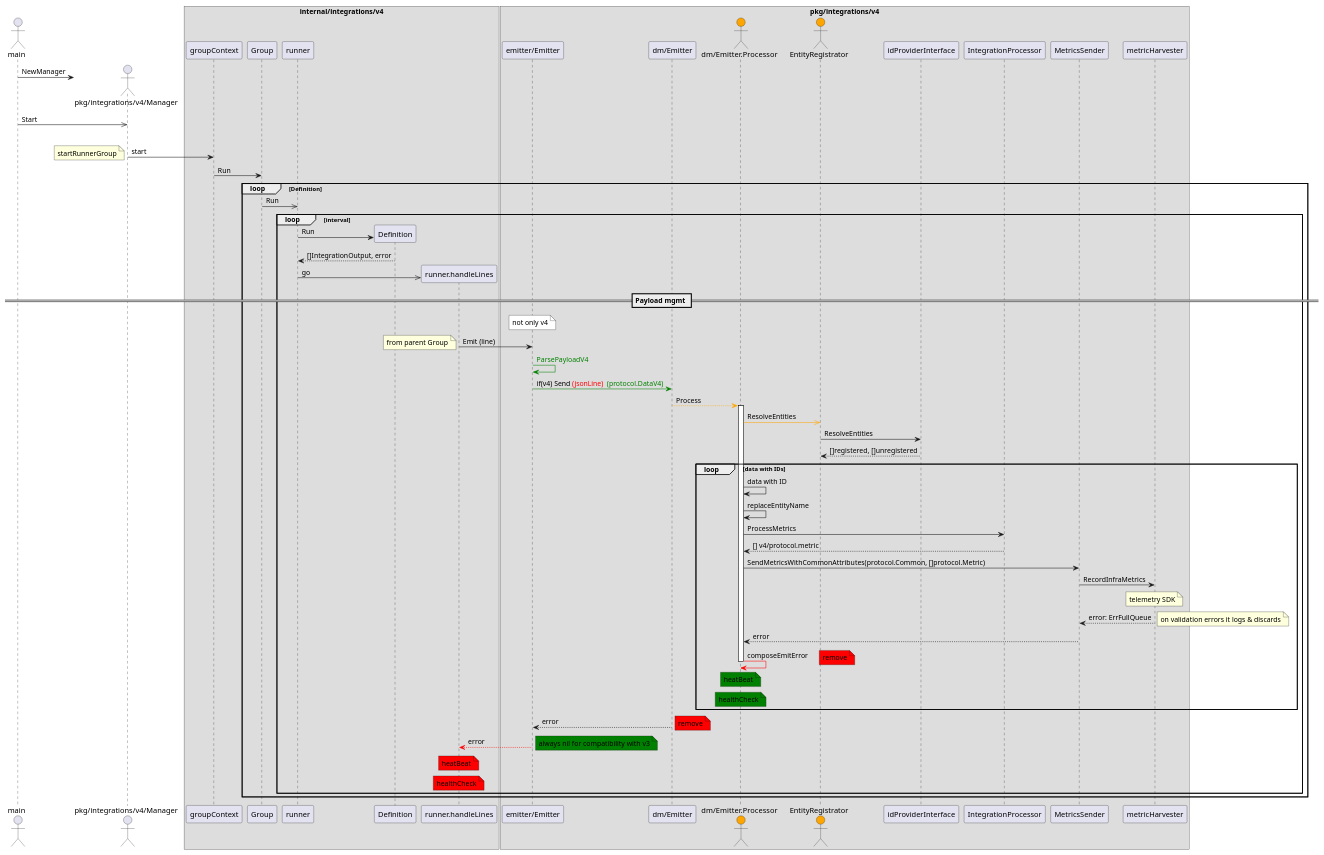
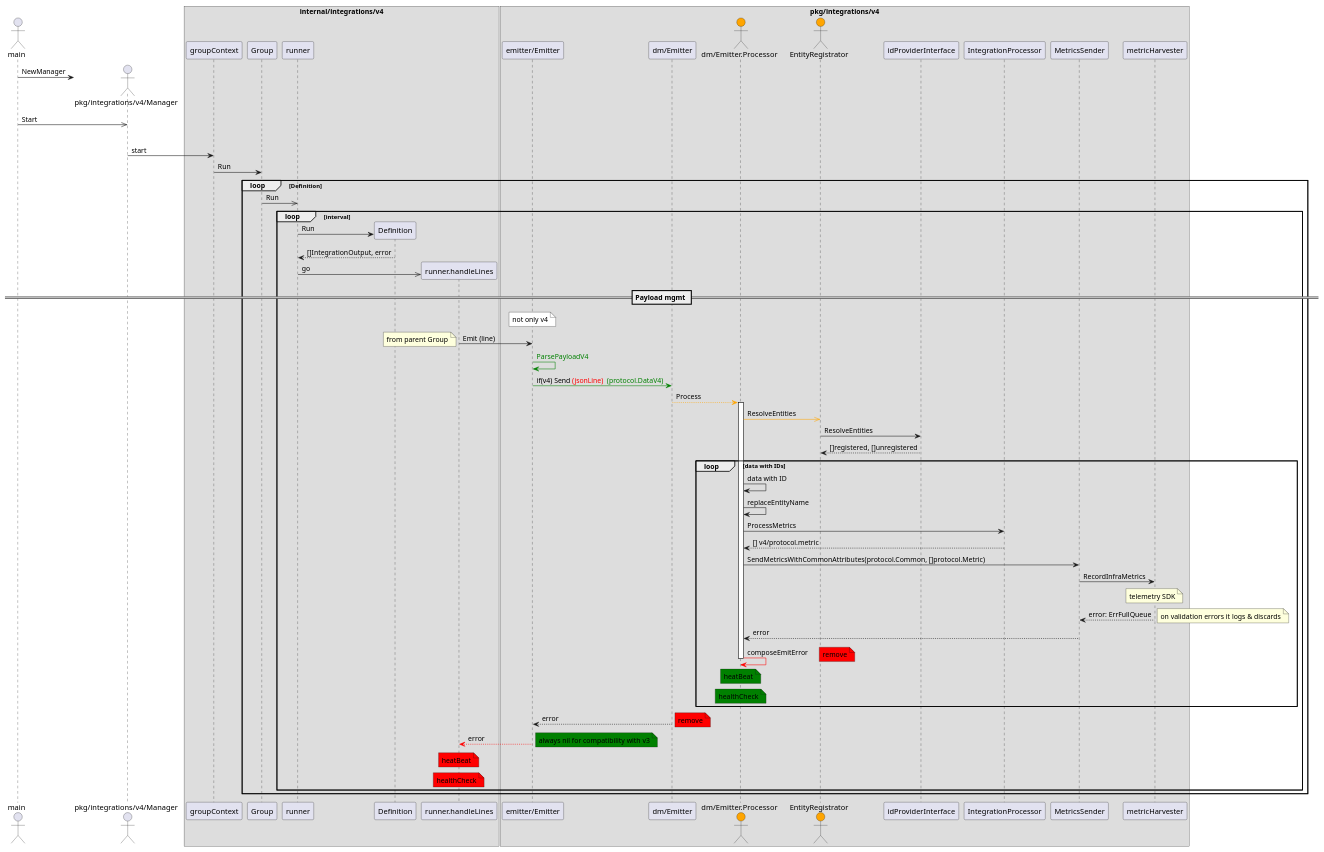
Before and after one commit to newrelic/infrastructure-agent: the diagram in pkg/integrations/v4/sequence.plantuml, drawn with PlantUML. The commit also changed 18 other files, not shown here.

```diff
--- a/pkg/integrations/v4/sequence.plantuml
+++ b/pkg/integrations/v4/sequence.plantuml
@@ -1,103 +1,102 @@
 @startuml
 
 actor main
 actor "pkg/integrations/v4/Manager"
 create "pkg/integrations/v4/Manager"
 main -> "pkg/integrations/v4/Manager": NewManager
 
 main ->> "pkg/integrations/v4/Manager": Start
 
 'create  "pkg/integrations/v4/emitter"
 
 box "internal/integrations/v4"
 
 loop groupContext
 
     "pkg/integrations/v4/Manager" -> "groupContext" : start
-    note left: startRunnerGroup
     "groupContext" -> Group : Run
 
     loop Definition
         Group ->> runner : Run
 
         loop interval
 
         create Definition
         runner -> Definition : Run
         runner <-- Definition : []IntegrationOutput, error
 
         create "runner.handleLines"
         runner ->> "runner.handleLines" : go
 
 end box
 
 box "pkg/integrations/v4"
 
         == Payload mgmt ==
 
         note over "emitter/Emitter" #white : not only v4
 
         "runner.handleLines" -> "emitter/Emitter" : Emit (line)
         note left : from parent Group
 
         "emitter/Emitter" -[#green]> "emitter/Emitter" : <font color=green>ParsePayloadV4
 
 
         "emitter/Emitter" -[#green]> "dm/Emitter" : if(v4) Send <font color=red>(jsonLine)  <font color=green>(protocol.DataV4)
 
         actor "dm/Emitter.Processor" #orange
 
          "dm/Emitter" --[#orange]> "dm/Emitter.Processor" : Process
         activate "dm/Emitter.Processor"
 
         actor EntityRegistrator #orange
 
         "dm/Emitter.Processor" -[#orange]>> EntityRegistrator : ResolveEntities
         EntityRegistrator -> idProviderInterface : ResolveEntities
         EntityRegistrator <-- idProviderInterface : []registered, []unregistered
 '        "dm/Emitter.Processor" <[#orange]-- EntityRegistrator : []registered, []unregistered
 
         loop data with IDs
 
         "dm/Emitter.Processor" -> "dm/Emitter.Processor" : data with ID
         "dm/Emitter.Processor" -> "dm/Emitter.Processor" : replaceEntityName
 
         "dm/Emitter.Processor" -> "IntegrationProcessor" : ProcessMetrics
         "dm/Emitter.Processor" <-- "IntegrationProcessor" : [] v4/protocol.metric
 
         "dm/Emitter.Processor" -> MetricsSender : SendMetricsWithCommonAttributes(protocol.Common, []protocol.Metric)
 
         MetricsSender -> metricHarvester : RecordInfraMetrics
 
         note over metricHarvester : telemetry SDK
 
         MetricsSender <-- metricHarvester : error: ErrFullQueue
         note right : on validation errors it logs & discards
 
         "dm/Emitter.Processor" <-- MetricsSender : error
 
         "dm/Emitter.Processor" -[#red]> "dm/Emitter.Processor" : composeEmitError
         note right #red : remove
         note over "dm/Emitter.Processor" #green : heatBeat
         note over "dm/Emitter.Processor" #green : healthCheck
 
         deactivate "dm/Emitter.Processor"
 
         end
 
         "emitter/Emitter" <-- "dm/Emitter" : error
         note right #red : remove
 
         "runner.handleLines" <[#red]-- "emitter/Emitter" : error
         note right #green : always nil for compatibility with v3
 
         note over "runner.handleLines" #red : heatBeat
         note over "runner.handleLines" #red : healthCheck
 
     end
 
 end
 
 end box
 
 @enduml
```
